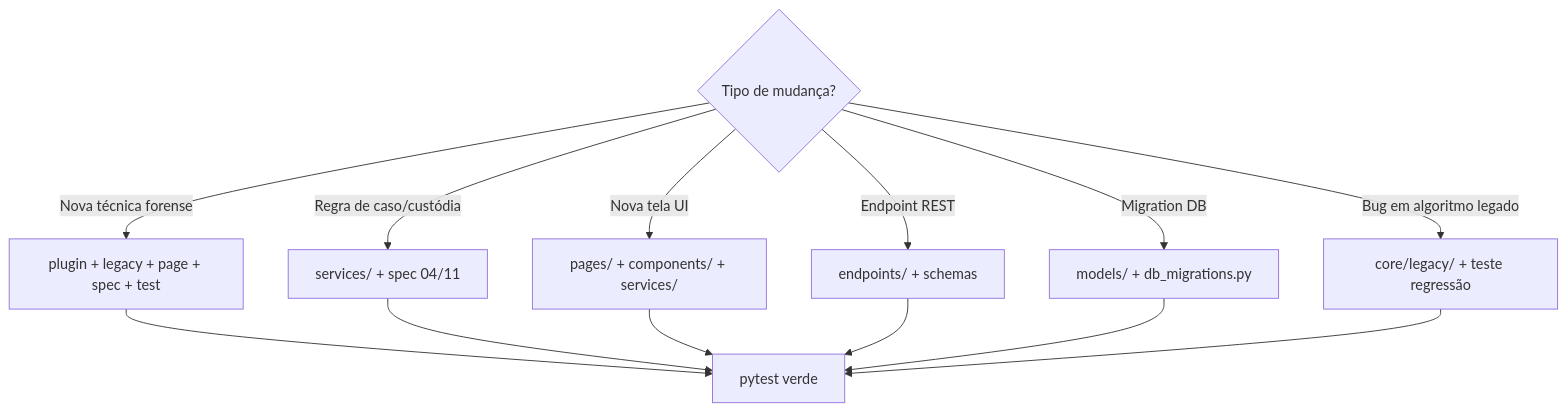
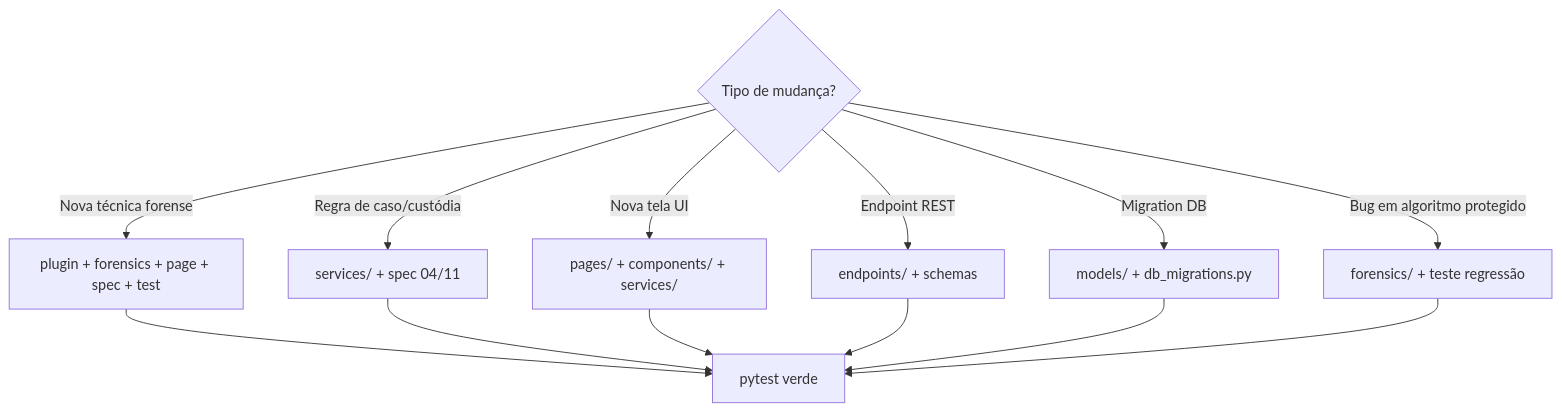
One commit to peritopaulomax/ForensicAuth changed the third of 3 diagrams in docs/developer/02-guia-contribuidor.md. Above: the diagram before and after it, drawn with Mermaid. The commit also changed other lines of this file and 2728 other files, not shown here.

````diff
--- a/docs/developer/02-guia-contribuidor.md
+++ b/docs/developer/02-guia-contribuidor.md
@@ -344,18 +458,18 @@
 ```mermaid
 flowchart TD
   Q{Tipo de mudança?}
 
-  Q -->|Nova técnica forense| P[plugin + legacy + page + spec + test]
+  Q -->|Nova técnica forense| P[plugin + forensics + page + spec + test]
   Q -->|Regra de caso/custódia| S[services/ + spec 04/11]
   Q -->|Nova tela UI| F[pages/ + components/ + services/]
   Q -->|Endpoint REST| E[endpoints/ + schemas]
   Q -->|Migration DB| M[models/ + db_migrations.py]
-  Q -->|Bug em algoritmo legado| L[core/legacy/ + teste regressão]
+  Q -->|Bug em algoritmo protegido| L[forensics/ + teste regressão]
 
   P --> T[pytest verde]
   S --> T
   F --> T
   E --> T
   M --> T
   L --> T
 ```
````
